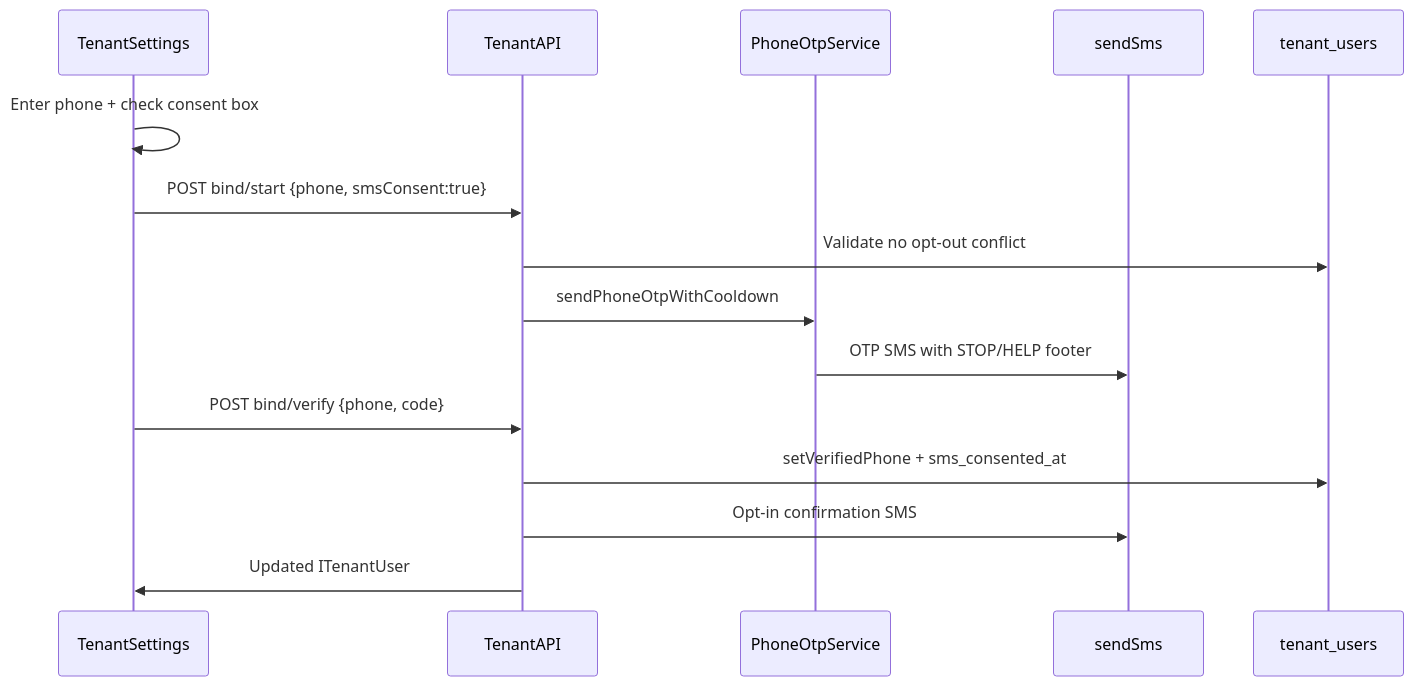
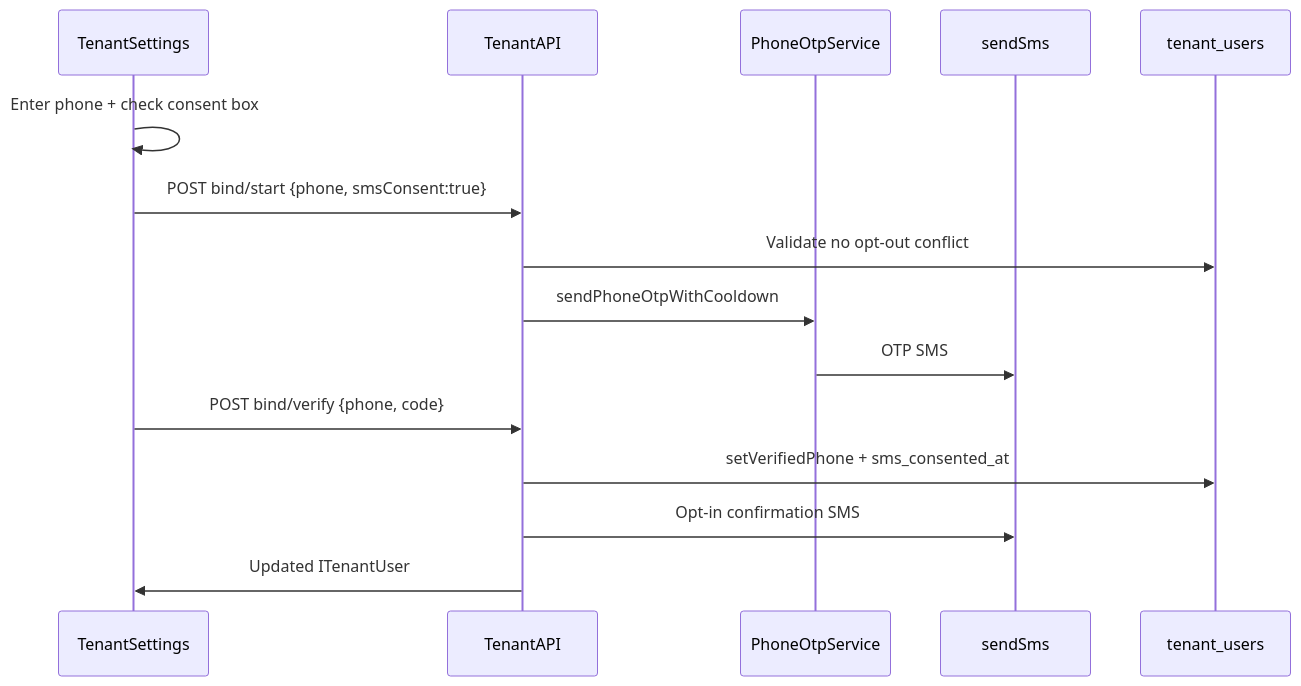
Before and after one commit to kurucaner/tenanto: the first of 3 diagrams in docs/TENANT_SMS_OPT_IN_PHASES.md, drawn with Mermaid. The commit also changed other lines of this file and 19 other files, not shown here.

Commit message:
feat: Add tenant inbound SMS STOP/HELP handler (Phase 3a)

````diff
--- a/docs/TENANT_SMS_OPT_IN_PHASES.md
+++ b/docs/TENANT_SMS_OPT_IN_PHASES.md
@@ -63,18 +63,18 @@
 ```mermaid
 sequenceDiagram
   participant TenantUI as TenantSettings
   participant API as TenantAPI
   participant OTP as PhoneOtpService
   participant SNS as sendSms
   participant DB as tenant_users
 
   TenantUI->>TenantUI: Enter phone + check consent box
   TenantUI->>API: POST bind/start {phone, smsConsent:true}
   API->>DB: Validate no opt-out conflict
   API->>OTP: sendPhoneOtpWithCooldown
-  OTP->>SNS: OTP SMS with STOP/HELP footer
+  OTP->>SNS: OTP SMS
   TenantUI->>API: POST bind/verify {phone, code}
   API->>DB: setVerifiedPhone + sms_consented_at
   API->>SNS: Opt-in confirmation SMS
   API->>TenantUI: Updated ITenantUser
 ```
````
